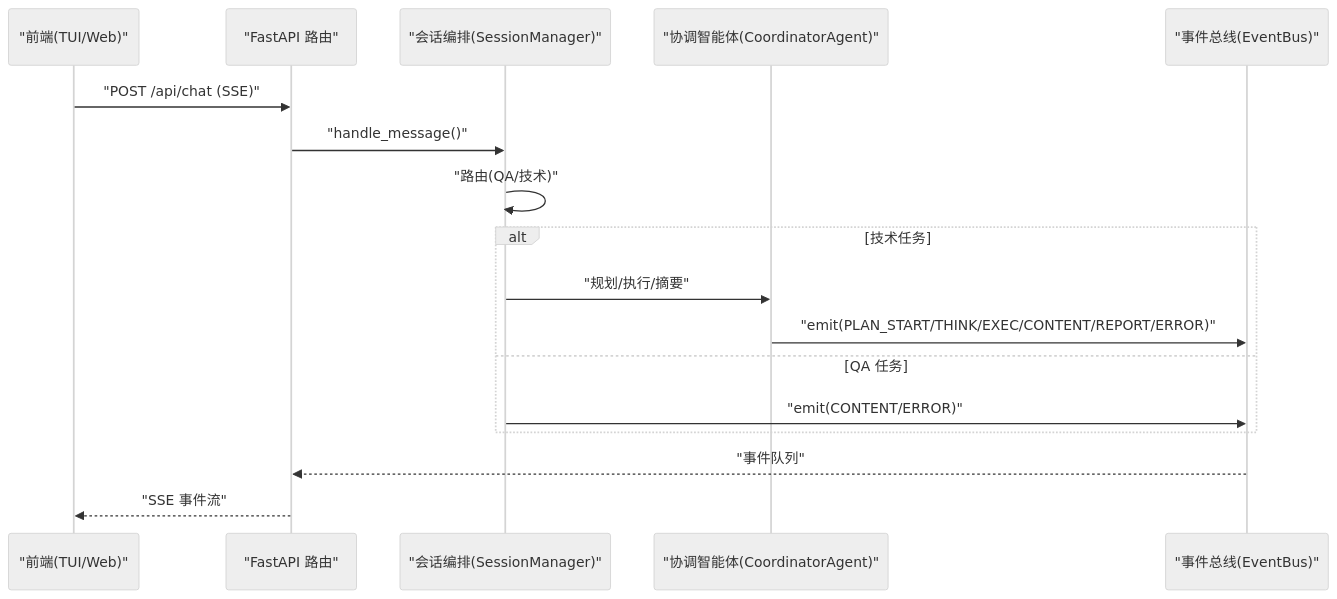
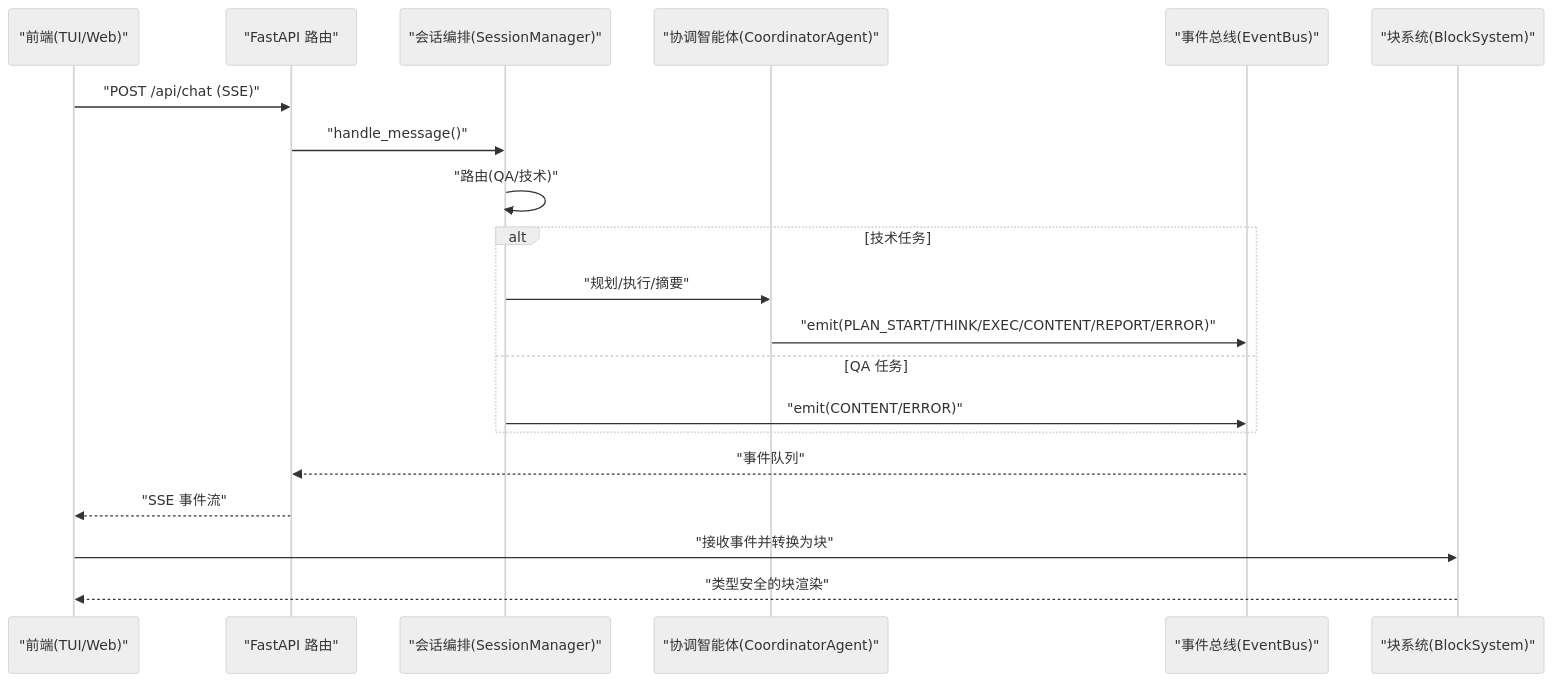
One commit to iammm0/secbot changed the second of 10 diagrams in .qoder/repowiki/zh/content/项目概述/技术架构概览/技术架构概览.md. Above: the diagram before and after it, drawn with Mermaid (neutral theme). The commit also changed other lines of this file and 30 other files, not shown here.

````diff
--- a/.qoder/repowiki/zh/content/项目概述/技术架构概览/技术架构概览.md
+++ b/.qoder/repowiki/zh/content/项目概述/技术架构概览/技术架构概览.md
@@ -120,19 +155,22 @@
 ```mermaid
 sequenceDiagram
 participant UI as "前端(TUI/Web)"
 participant API as "FastAPI 路由"
 participant SM as "会话编排(SessionManager)"
 participant CA as "协调智能体(CoordinatorAgent)"
 participant EB as "事件总线(EventBus)"
+participant BS as "块系统(BlockSystem)"
 UI->>API : "POST /api/chat (SSE)"
 API->>SM : "handle_message()"
 SM->>SM : "路由(QA/技术)"
 alt 技术任务
 SM->>CA : "规划/执行/摘要"
 CA->>EB : "emit(PLAN_START/THINK/EXEC/CONTENT/REPORT/ERROR)"
 else QA 任务
 SM->>EB : "emit(CONTENT/ERROR)"
 end
 EB-->>API : "事件队列"
 API-->>UI : "SSE 事件流"
+UI->>BS : "接收事件并转换为块"
+BS-->>UI : "类型安全的块渲染"
 ```
````
